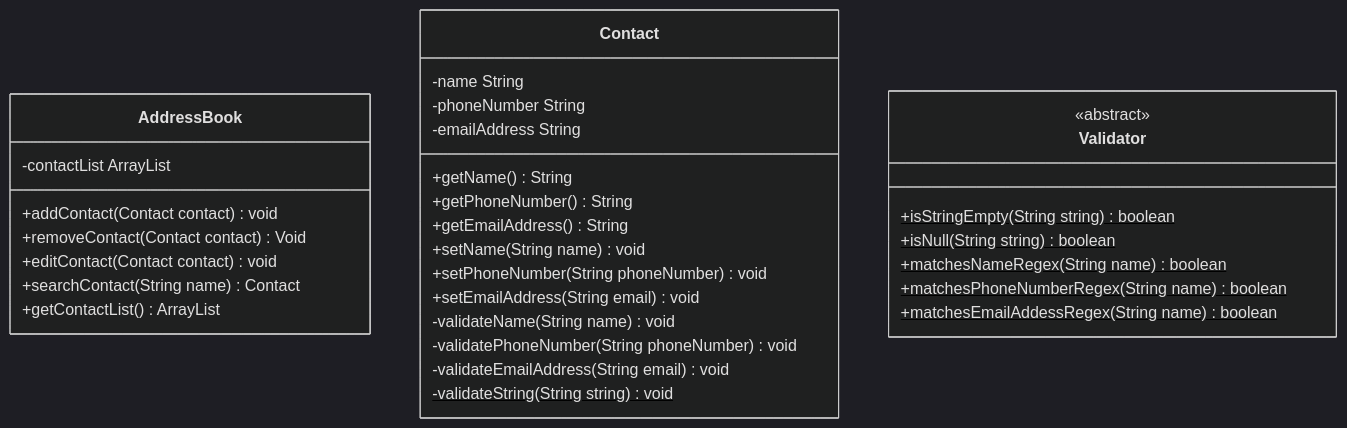
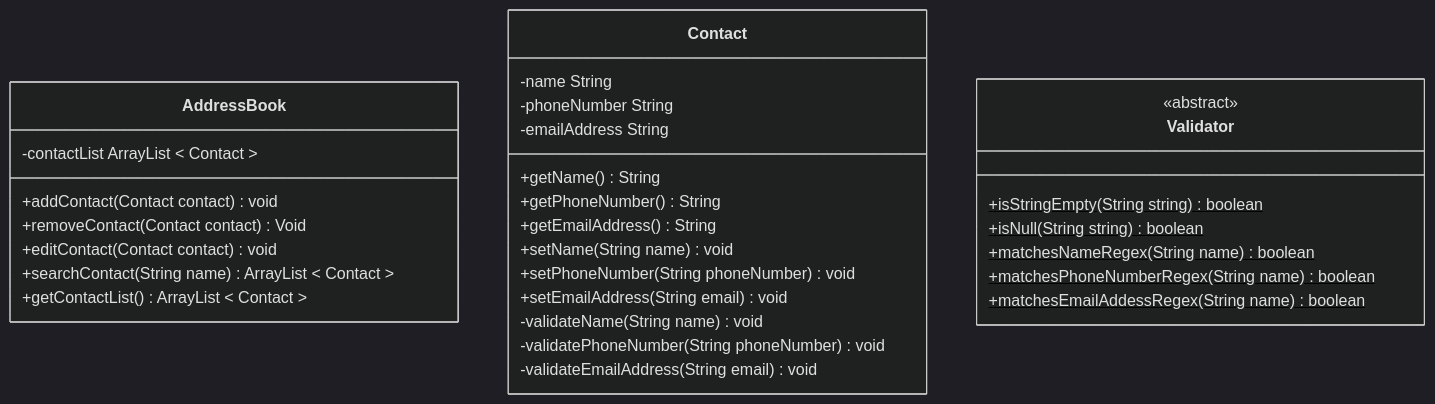
One commit to fabiodplacerda/Address-book changed the diagram in docs/domain-models-test-plan.md. Above: the diagram before and after it, drawn with Mermaid (dark theme). The commit also changed other lines of this file, not shown here.

Commit message:
UPDATE: domain model for user stories 3

````diff
--- a/docs/domain-models-test-plan.md
+++ b/docs/domain-models-test-plan.md
@@ -85,37 +89,36 @@
 ```mermaid
 classDiagram
-    class AddressBook{
-       -contactList ArrayList <Contact>
-       +addContact(Contact contact) void
-       +removeContact (Contact contact) Void
-       +editContact (Contact contact) void
-       +searchContact (String name) Contact
-       +getContactList() ArrayList <Contact>
+    class AddressBook {
+        -contactList ArrayList < Contact >
+        +addContact(Contact contact) void
+        +removeContact(Contact contact) Void
+        +editContact(Contact contact) void
+        +searchContact(String name) ArrayList < Contact >
+        +getContactList() ArrayList < Contact >
     }
-    
-    class Contact{
+
+    class Contact {
         -name String
         -phoneNumber String
         -emailAddress String
         +getName() String
         +getPhoneNumber() String
         +getEmailAddress() String
         +setName(String name) void
         +setPhoneNumber(String phoneNumber) void
         +setEmailAddress(String email) void
         -validateName(String name) void
         -validatePhoneNumber(String phoneNumber) void
         -validateEmailAddress(String email) void
-        -validateString(String string)$ void
     }
-    
-    class Validator{
+
+    class Validator {
         <<abstract>>
         +isStringEmpty(String string)$ boolean
         +isNull(String string)$ boolean
         +matchesNameRegex(String name)$ boolean
         +matchesPhoneNumberRegex(String name)$ boolean
         +matchesEmailAddessRegex(String name)$ boolean
     }
-    
+
 ```
````
